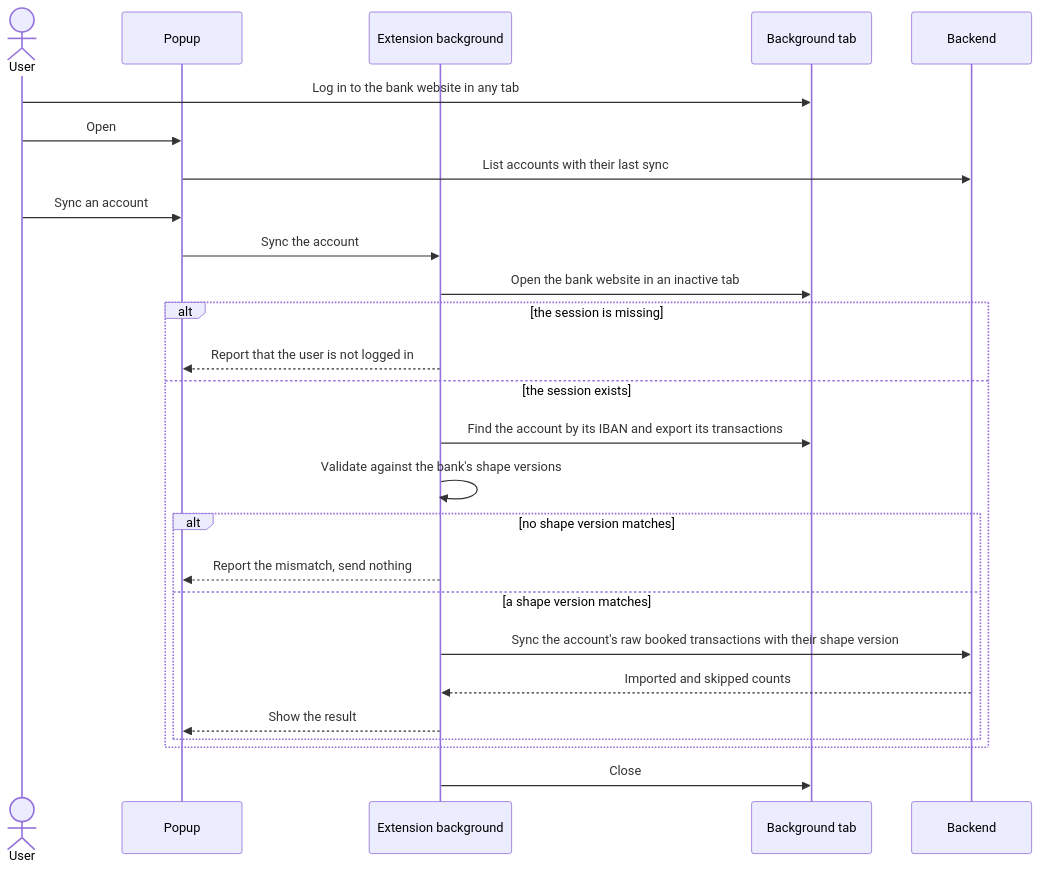
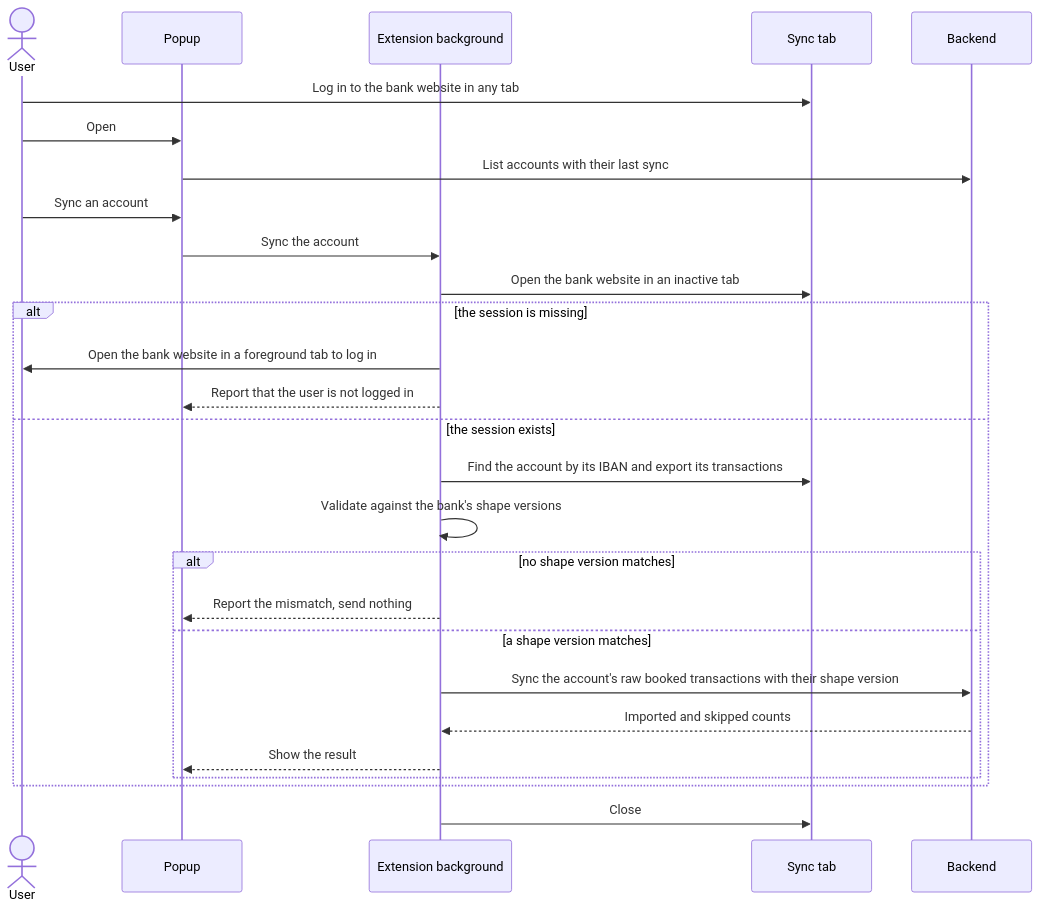
The third of 5 diagrams in docs/architecture.md (lennartmoeller/finance-tracker), drawn with Mermaid before and after one commit. The commit also changed other lines of this file and 53 other files, not shown here.

````diff
--- a/docs/architecture.md
+++ b/docs/architecture.md
@@ -73,28 +75,29 @@
 ```mermaid
 sequenceDiagram
   actor User
   participant Popup
   participant Ext as Extension background
-  participant Tab as Background tab
+  participant Tab as Sync tab
   participant BE as Backend
   User->>Tab: Log in to the bank website in any tab
   User->>Popup: Open
   Popup->>BE: List accounts with their last sync
   User->>Popup: Sync an account
   Popup->>Ext: Sync the account
   Ext->>Tab: Open the bank website in an inactive tab
   alt the session is missing
+    Ext->>User: Open the bank website in a foreground tab to log in
     Ext-->>Popup: Report that the user is not logged in
   else the session exists
     Ext->>Tab: Find the account by its IBAN and export its transactions
     Ext->>Ext: Validate against the bank's shape versions
     alt no shape version matches
       Ext-->>Popup: Report the mismatch, send nothing
     else a shape version matches
       Ext->>BE: Sync the account's raw booked transactions with their shape version
       BE-->>Ext: Imported and skipped counts
       Ext-->>Popup: Show the result
     end
   end
   Ext->>Tab: Close
 ```
````
